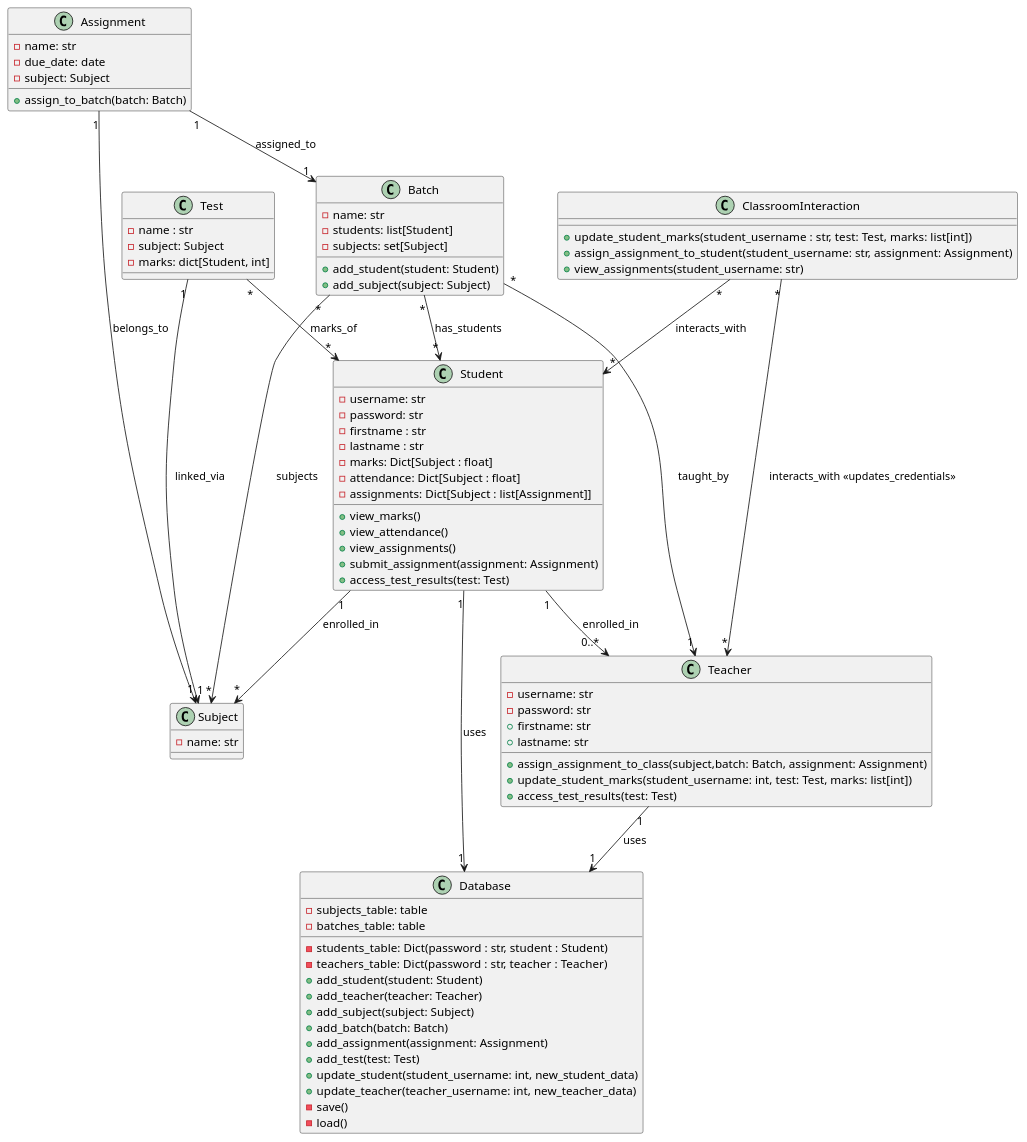
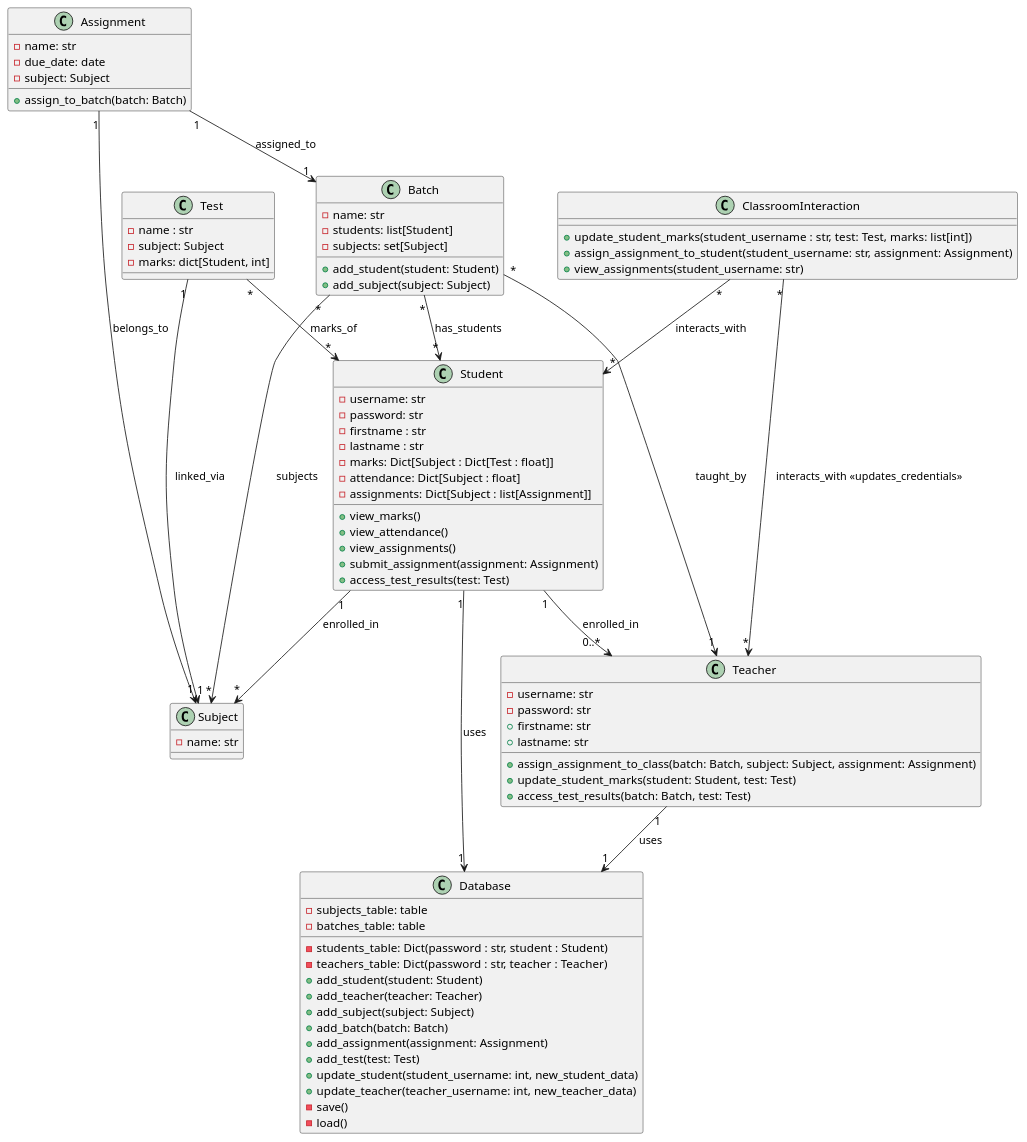
One commit to SrimanRakshan/DSA changed the diagram in umldiagram.puml. Above: the diagram before and after it, drawn with PlantUML. The commit also changed 1 other file, not shown here.

Commit message:
Update basic_classes and UML (Almost Completed)

```diff
--- a/umldiagram.puml
+++ b/umldiagram.puml
@@ -1,88 +1,88 @@
 @startuml
 class Student {
     - username: str
     - password: str
     - firstname : str
     - lastname : str
-    - marks: Dict[Subject : float]
+    - marks: Dict[Subject : Dict[Test : float]]
     - attendance: Dict[Subject : float]
     - assignments: Dict[Subject : list[Assignment]]
     + view_marks()
     + view_attendance()
     + view_assignments()
     + submit_assignment(assignment: Assignment)
     + access_test_results(test: Test)
 }
 
 class Teacher {
     - username: str
     - password: str
     + firstname: str
     + lastname: str
-    + assign_assignment_to_class(subject,batch: Batch, assignment: Assignment)
-    + update_student_marks(student_username: int, test: Test, marks: list[int])
-    + access_test_results(test: Test)
+    + assign_assignment_to_class(batch: Batch, subject: Subject, assignment: Assignment)
+    + update_student_marks(student: Student, test: Test)
+    + access_test_results(batch: Batch, test: Test)
 }
 
 class Subject {
     - name: str
 }
 
 class Batch {
     - name: str
     - students: list[Student]
     - subjects: set[Subject]
     + add_student(student: Student)
     + add_subject(subject: Subject)
 }
 
 class Assignment {
     - name: str
     - due_date: date
     - subject: Subject
     + assign_to_batch(batch: Batch)
 }
 
 class Test {
     - name : str
     - subject: Subject
     - marks: dict[Student, int]
 }
 
 class ClassroomInteraction {
     + update_student_marks(student_username : str, test: Test, marks: list[int])
     + assign_assignment_to_student(student_username: str, assignment: Assignment)
     + view_assignments(student_username: str)
 }
 
 class Database {
     - students_table: Dict(password : str, student : Student)
     - teachers_table: Dict(password : str, teacher : Teacher)
     - subjects_table: table
     - batches_table: table
     + add_student(student: Student)
     + add_teacher(teacher: Teacher)
     + add_subject(subject: Subject)
     + add_batch(batch: Batch)
     + add_assignment(assignment: Assignment)
     + add_test(test: Test)
     + update_student(student_username: int, new_student_data)
     + update_teacher(teacher_username: int, new_teacher_data)
     - save()
     - load()
 }
 
 Student "1" --> "0..*" Teacher : enrolled_in
 Student "1" --> "1" Database : uses
 Teacher "1" --> "1" Database : uses
 Student "1" --> "*" Subject : enrolled_in
 Batch "*" --> "1" Teacher : taught_by
 Batch "*" --> "*" Student : has_students
 Batch "*" --> "*" Subject : subjects
 Assignment "1" --> "1" Subject : belongs_to
 Assignment "1" --> "1" Batch : assigned_to
 Test "1" --> "1" Subject : linked_via
 Test "*" --> "*" Student : marks_of
 ClassroomInteraction "*" --> "*" Teacher : interacts_with <<updates_credentials>>
 ClassroomInteraction "*" --> "*" Student : interacts_with
 @enduml
```
